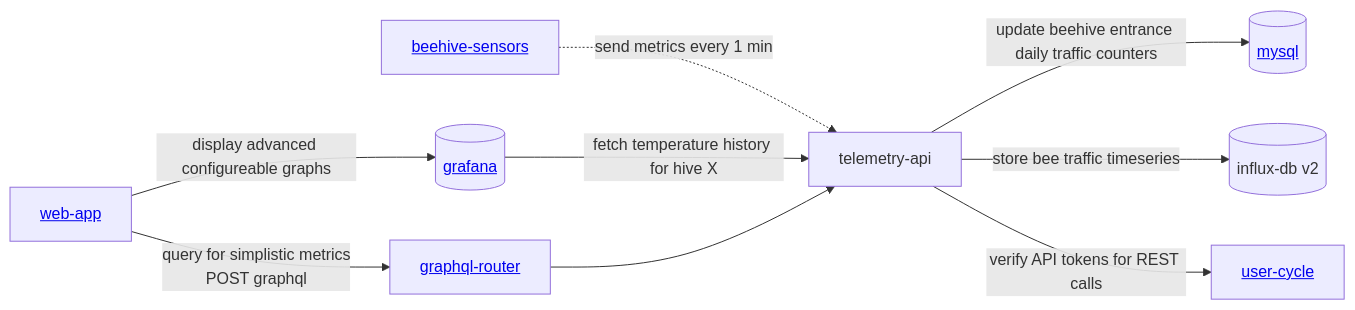
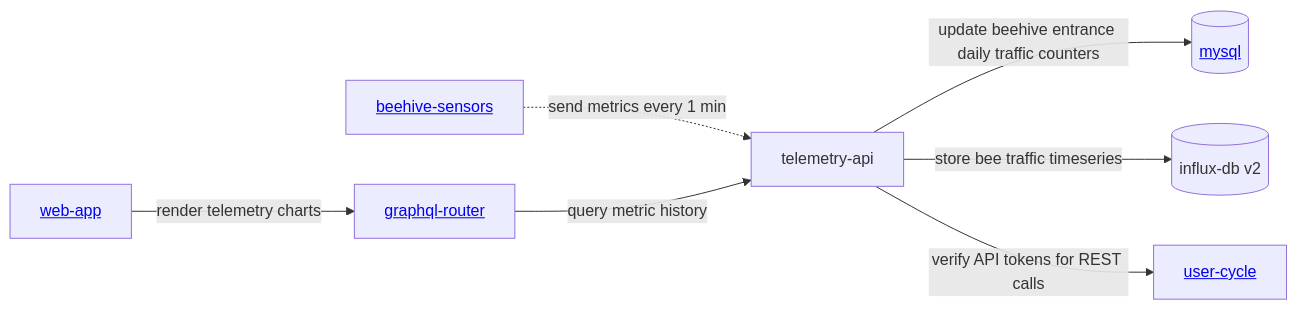
One commit to Gratheon/website2 changed the diagram in content/et/docs/beehive-sensors/beehive-sensors.md. Above: the diagram before and after it, drawn with Mermaid. The commit also changed 21 other files, not shown here.

````diff
--- a/content/et/docs/beehive-sensors/beehive-sensors.md
+++ b/content/et/docs/beehive-sensors/beehive-sensors.md
@@ -18,15 +18,14 @@
 ```mermaid
 flowchart LR
 	beehive-sensors[<a href="https://github.com/Gratheon/beehive-sensors">beehive-sensors</a>] -."send metrics every 1 min".-> telemetry-api
 
 	telemetry-api --"update beehive entrance daily traffic counters"--> mysql[(<a href="https://github.com/Gratheon/mysql">mysql</a>)]
 	
 	telemetry-api --"store bee traffic timeseries" --> influx[(influx-db v2)]
 	
-	grafana[(<a href="https://github.com/Gratheon/grafana">grafana</a>)] --"fetch temperature history for hive X"--> telemetry-api
 
 	telemetry-api --"verify API tokens for REST calls"--> user-cycle[<a href="https://github.com/Gratheon/user-cycle">user-cycle</a>]
-	web-app[<a href="https://github.com/Gratheon/web-app">web-app</a>] --"display advanced configureable graphs"--> grafana
-	web-app --"query for simplistic metrics\nPOST graphql"-->graphql-router[<a href="https://github.com/Gratheon/graphql-router">graphql-router</a>]--> telemetry-api
+	web-app[<a href="https://github.com/Gratheon/web-app">web-app</a>] --"render telemetry charts"--> graphql-router[<a href="https://github.com/Gratheon/graphql-router">graphql-router</a>]
+	graphql-router --"query metric history"--> telemetry-api
 
 ```
````
